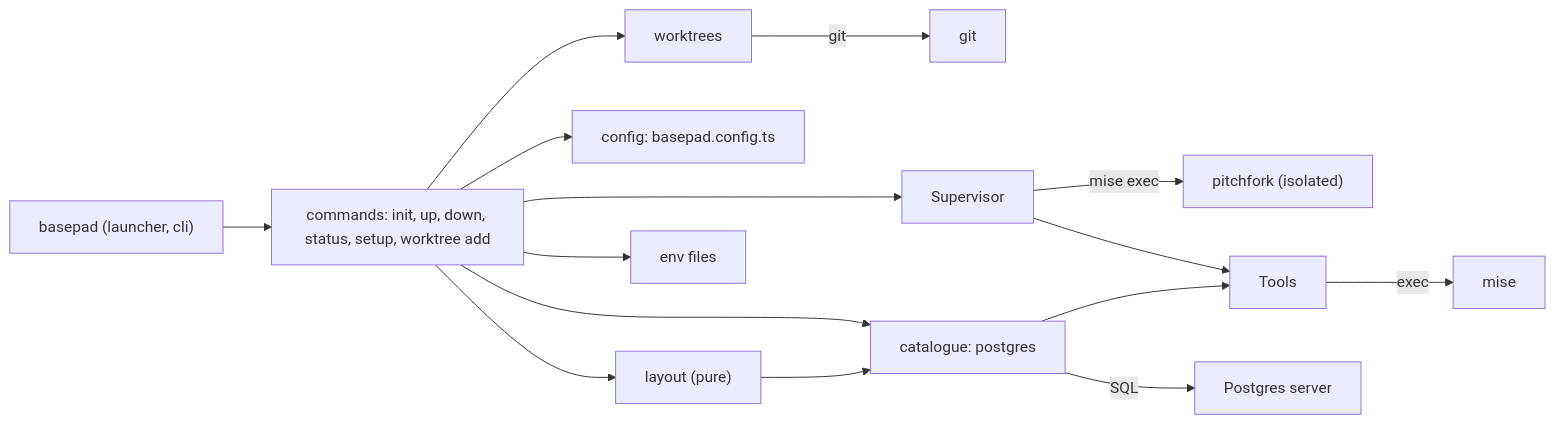
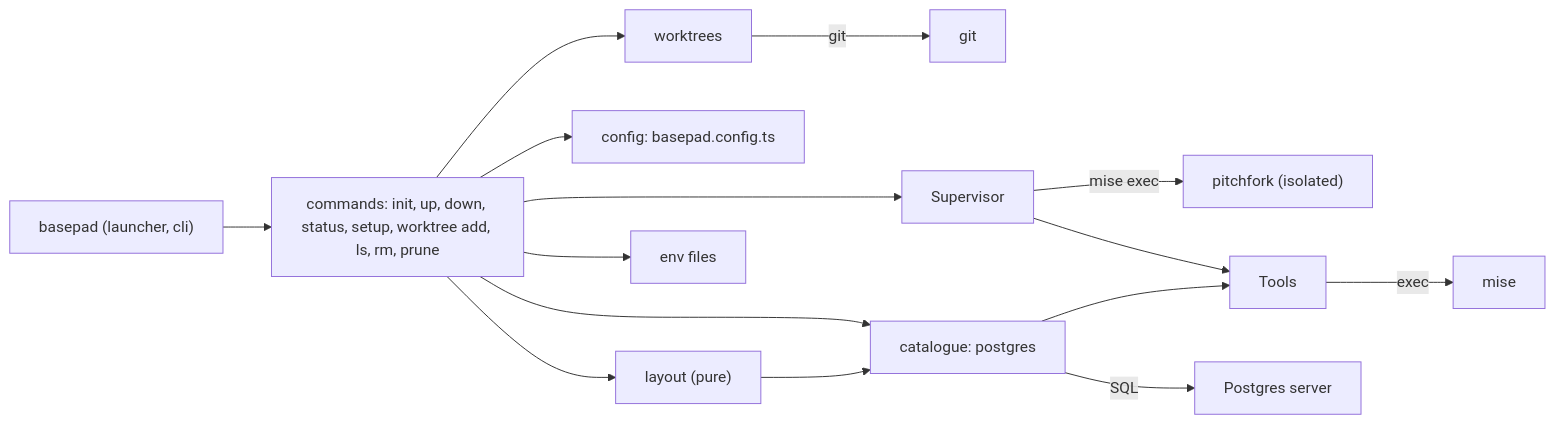
Before and after one commit to Aysnc-Labs/basepad: the diagram in docs/feature-map.md, drawn with Mermaid. The commit also changed other lines of this file and 12 other files, not shown here.

First line of the commit message:
basepad worktree ls, worktree rm, prune, and status across worktrees

````diff
--- a/docs/feature-map.md
+++ b/docs/feature-map.md
@@ -12,17 +12,17 @@
 ```mermaid
 flowchart LR
-  CLI["basepad (launcher, cli)"] --> Commands["commands: init, up, down, status, setup, worktree add"]
+  CLI["basepad (launcher, cli)"] --> Commands["commands: init, up, down, status, setup, worktree add, ls, rm, prune"]
   Commands --> Worktrees["worktrees"]
   Worktrees -- "git" --> Git["git"]
   Commands --> Config["config: basepad.config.ts"]
   Commands --> Layout["layout (pure)"]
   Layout --> Catalogue
   Commands --> Catalogue["catalogue: postgres"]
   Commands --> Supervisor
   Commands --> EnvFiles["env files"]
   Supervisor -- "mise exec" --> Pitchfork["pitchfork (isolated)"]
   Catalogue --> Tools
   Supervisor --> Tools
   Tools -- "exec" --> Mise["mise"]
   Catalogue -- "SQL" --> Postgres["Postgres server"]
 ```
````
